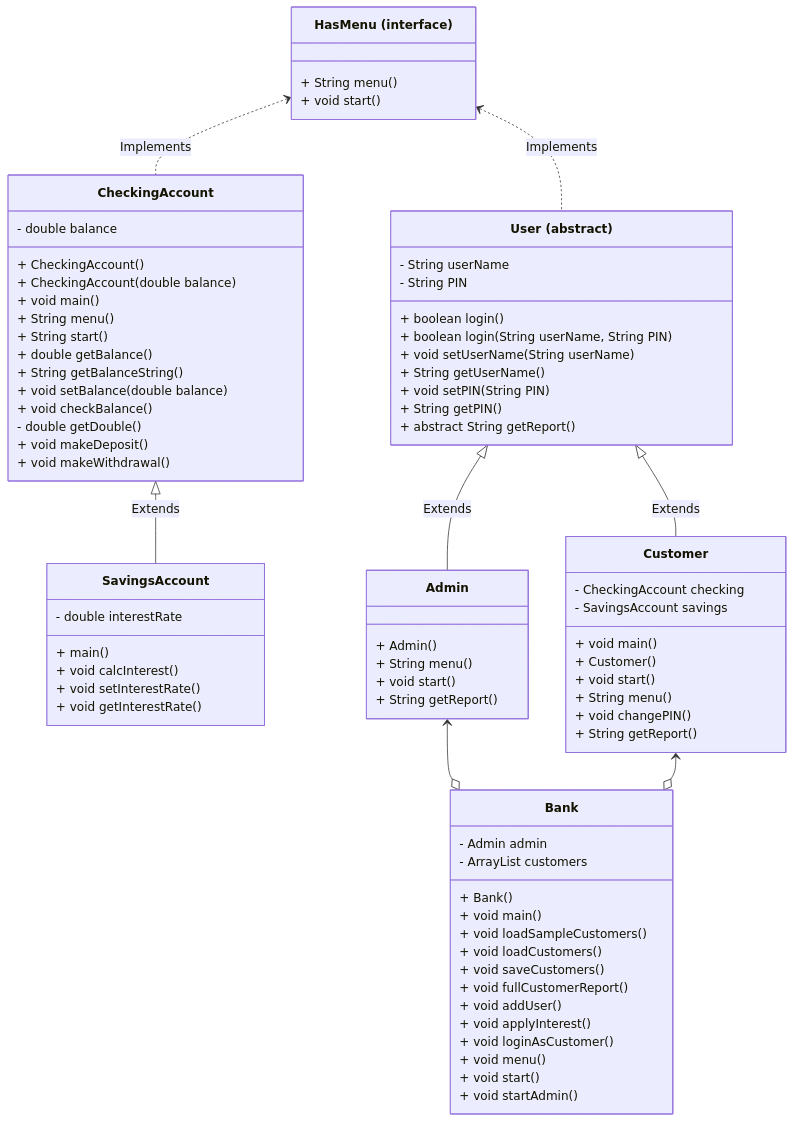
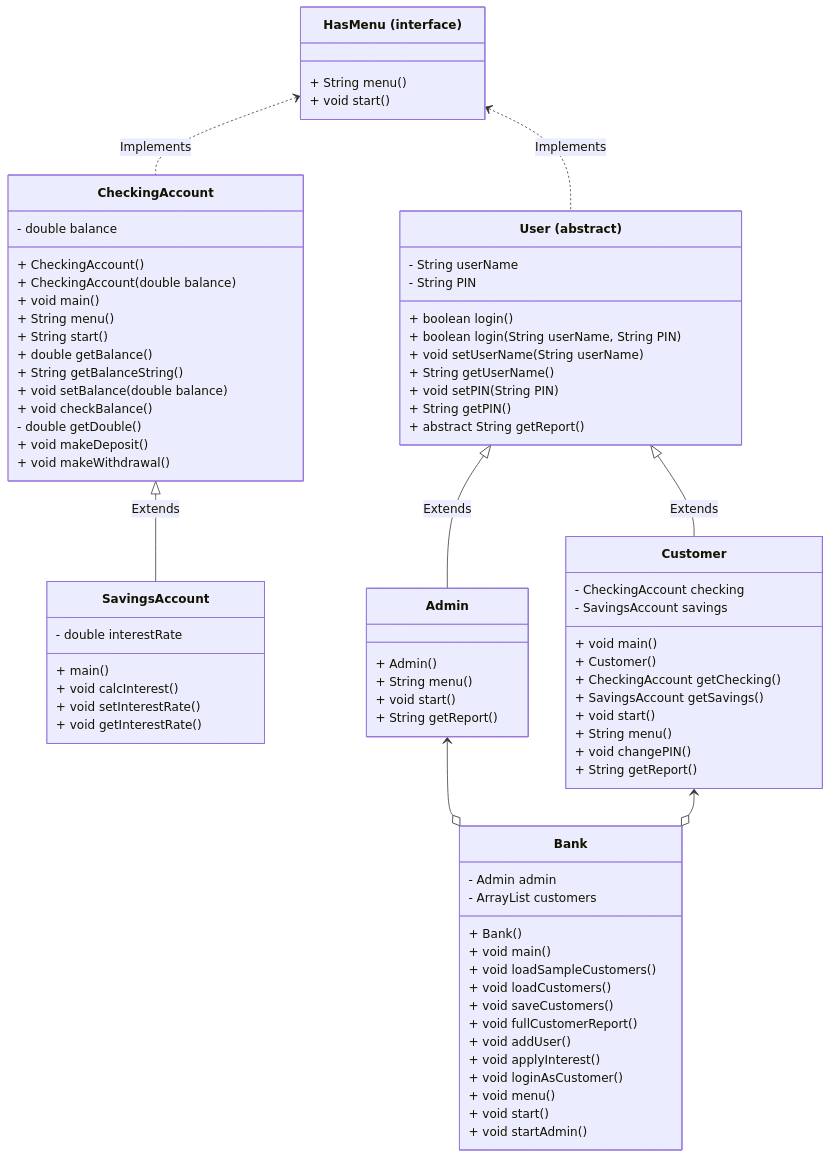
Before and after one commit to abbykeck/CS121BankOnIt: the diagram in README.md, drawn with Mermaid. The commit also changed other lines of this file, not shown here.

````diff
--- a/README.md
+++ b/README.md
@@ -3,79 +3,81 @@
 ```mermaid
 classDiagram
 class HasMenu["HasMenu (interface)"] {
     + String menu()
     + void start()
 }
 class CheckingAccount {
     - double balance
     + CheckingAccount()
     + CheckingAccount(double balance)
     + void main()
     + String menu()
     + String start()
     + double getBalance()
     + String getBalanceString()
     + void setBalance(double balance)
     + void checkBalance()
     - double getDouble()
     + void makeDeposit()
     + void makeWithdrawal()
 }
 class SavingsAccount {
     - double interestRate
     + main()
     + void calcInterest()
     + void setInterestRate()
     + void getInterestRate()
 }
 class User["User (abstract)"] {
     - String userName
     - String PIN
     + boolean login()
     + boolean login(String userName, String PIN)
     + void setUserName(String userName)
     + String getUserName()
     + void setPIN(String PIN)
     + String getPIN()
     + abstract String getReport()
 }
 class Customer {
     - CheckingAccount checking
     - SavingsAccount savings
     + void main()
     + Customer()
+    + CheckingAccount getChecking()
+    + SavingsAccount getSavings()
     + void start()
     + String menu()
     + void changePIN()
     + String getReport()
 }
 class Admin {
     + Admin()
     + String menu()
     + void start()
     + String getReport()
 }
 class Bank {
     - Admin admin
     - ArrayList customers
     + Bank()
     + void main()
     + void loadSampleCustomers()
     + void loadCustomers()
     + void saveCustomers()
     + void fullCustomerReport()
     + void addUser()
     + void applyInterest()
     + void loginAsCustomer()
     + void menu()
     + void start()
     + void startAdmin()
 }
 CheckingAccount <|-- SavingsAccount : Extends
 HasMenu <.. CheckingAccount : Implements
 HasMenu <.. User : Implements
 User <|-- Customer : Extends
 User <|-- Admin : Extends
 Admin <--o Bank
 Customer <--o Bank
 ```
````
